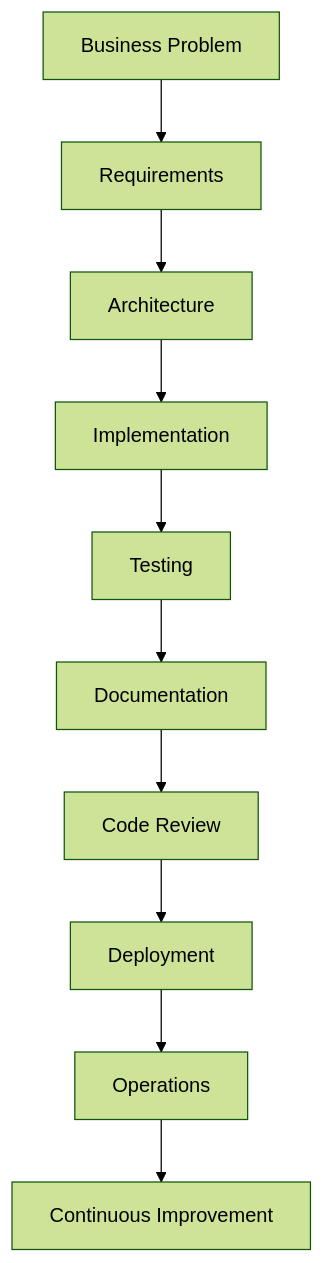
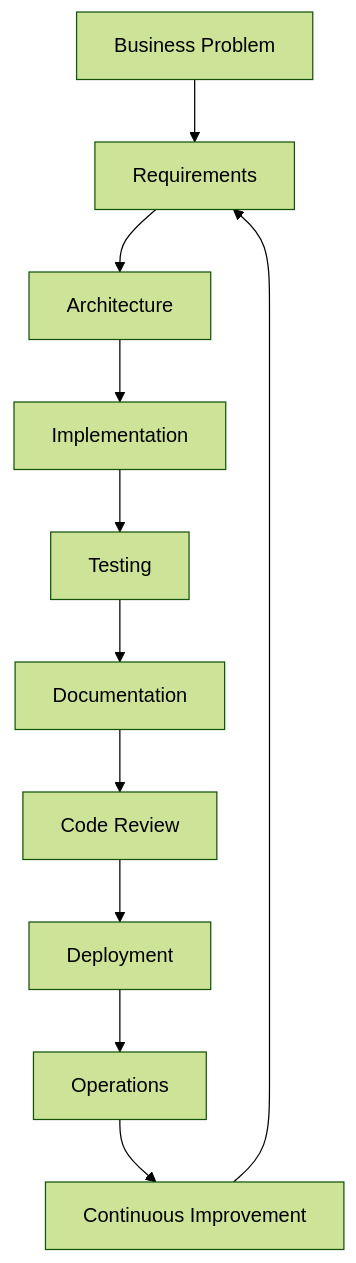
Before and after one commit to ashwinkrpi/ai-assisted-development-book: the diagram in chapters/01-foundations/04-ai-assisted-software-development-lifecycle.md, drawn with Mermaid (forest theme). The commit also changed other lines of this file and 65 other files, not shown here.

````diff
--- a/chapters/01-foundations/04-ai-assisted-software-development-lifecycle.md
+++ b/chapters/01-foundations/04-ai-assisted-software-development-lifecycle.md
@@ -25,12 +26,13 @@
 ```mermaid
 flowchart TD
-A[Business Problem]-->B[Requirements]
-B-->C[Architecture]
-C-->D[Implementation]
-D-->E[Testing]
-E-->F[Documentation]
-F-->G[Code Review]
-G-->H[Deployment]
-H-->I[Operations]
-I-->J[Continuous Improvement]
+A[Business Problem] --> B[Requirements]
+B --> C[Architecture]
+C --> D[Implementation]
+D --> E[Testing]
+E --> F[Documentation]
+F --> G[Code Review]
+G --> H[Deployment]
+H --> I[Operations]
+I --> J[Continuous Improvement]
+J --> B
 ```
````
